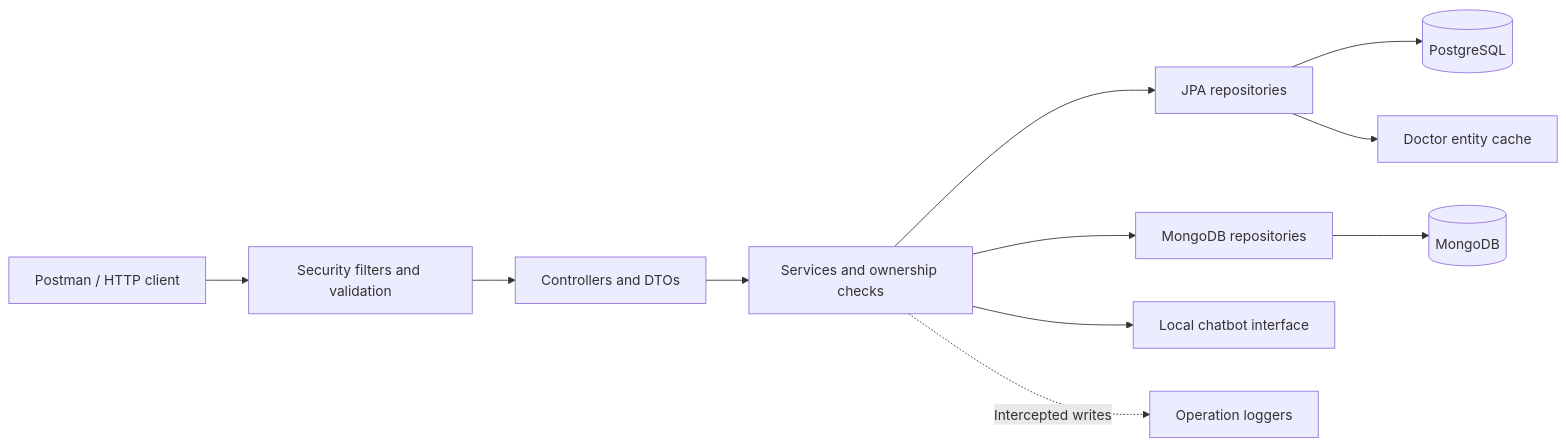
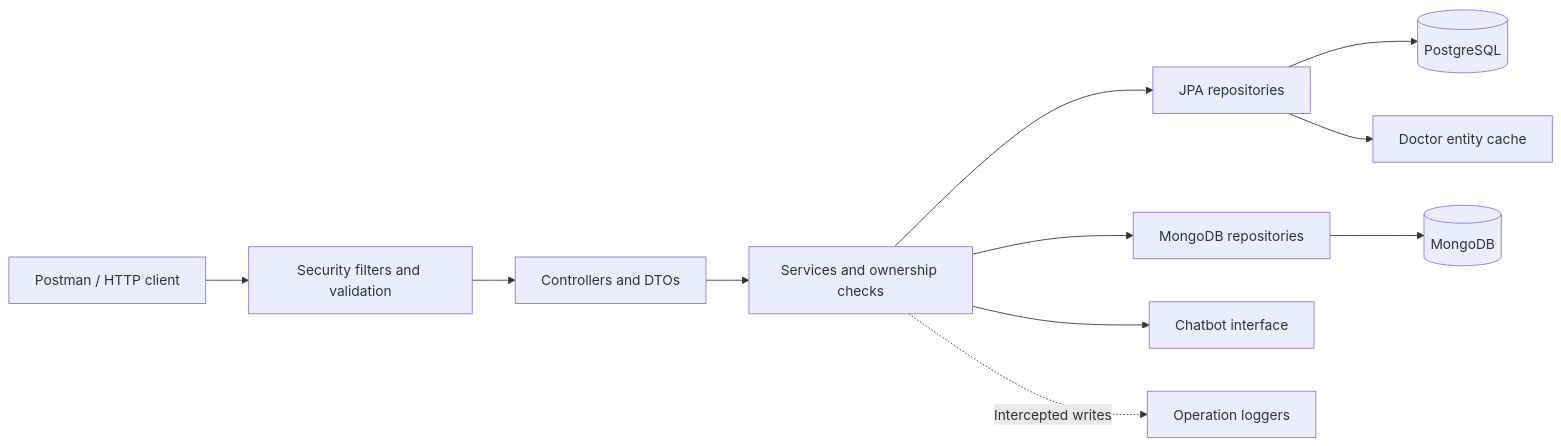
One commit to omarrouk/Smart-Healthcare-Appointment-System changed the diagram in docs/ARCHITECTURE.md. Above: the diagram before and after it, drawn with Mermaid. The commit also changed other lines of this file and 33 other files, not shown here.

```diff
--- a/docs/ARCHITECTURE.md
+++ b/docs/ARCHITECTURE.md
@@ -5,13 +5,13 @@
 ~~~mermaid
 flowchart LR
     Client["Postman / HTTP client"] --> Security["Security filters and validation"]
     Security --> Controllers["Controllers and DTOs"]
     Controllers --> Services["Services and ownership checks"]
     Services --> JPA["JPA repositories"]
     Services --> Mongo["MongoDB repositories"]
-    Services --> Chatbot["Local chatbot interface"]
+    Services --> Chatbot["Chatbot interface"]
     JPA --> PostgreSQL[("PostgreSQL")]
     JPA --> Cache["Doctor entity cache"]
     Mongo --> Documents[("MongoDB")]
     Services -. "Intercepted writes" .-> AOP["Operation loggers"]
 ~~~
```
